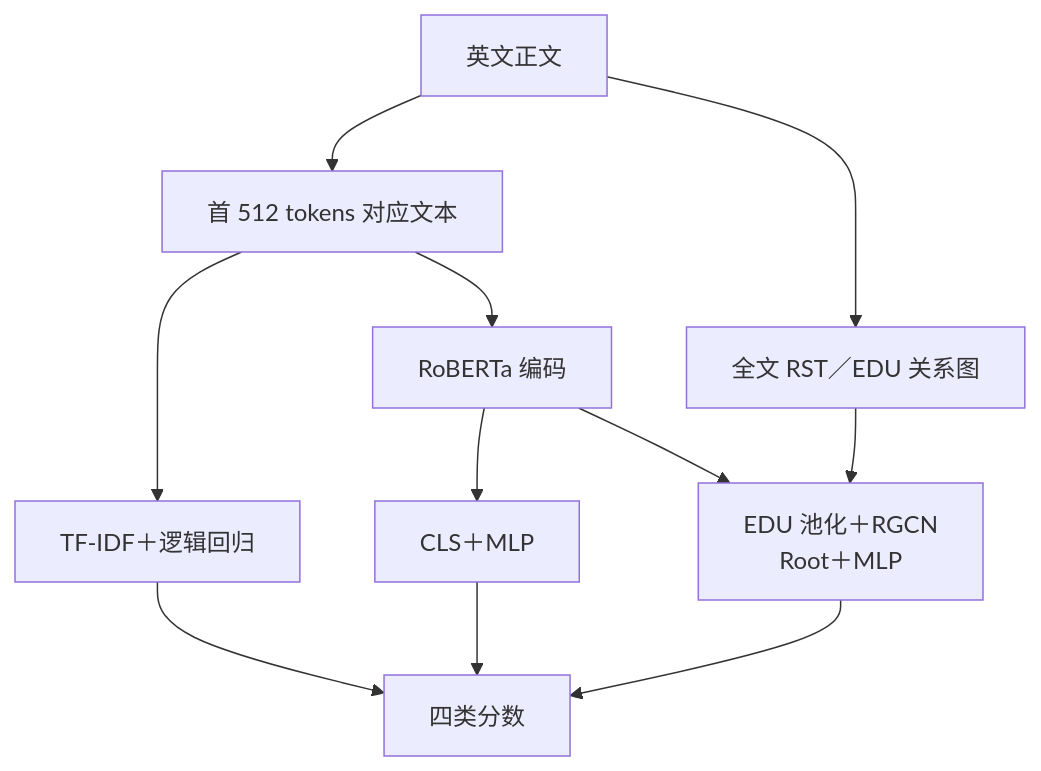
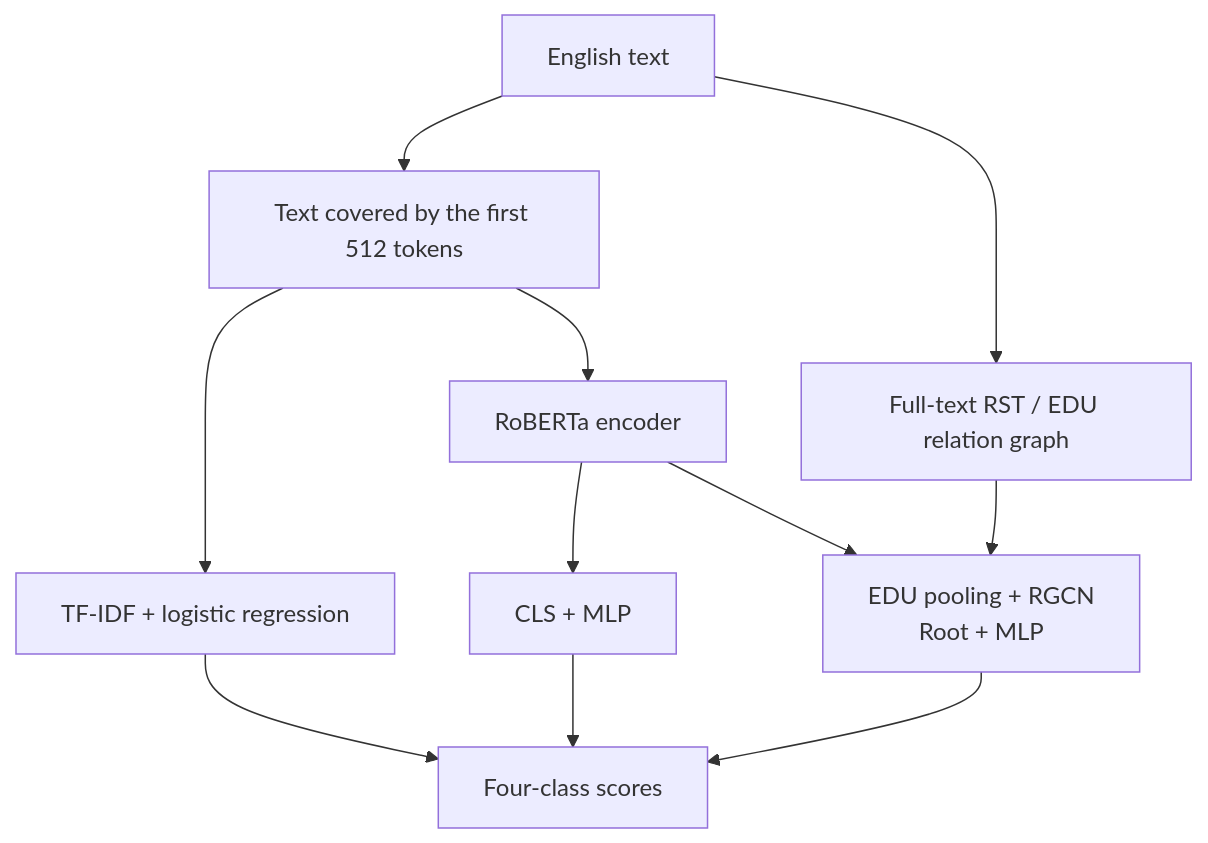
The diagram in README.md (Realsbt/ee6405-nlp-project), drawn with Mermaid before and after one commit. The commit also changed other lines of this file and 5 other files, not shown here.

````diff
--- a/README.md
+++ b/README.md
@@ -22,13 +22,13 @@
 ```mermaid
 flowchart TB
-    T["英文正文"] --> V["首 512 tokens 对应文本"]
-    V --> F["TF-IDF＋逻辑回归"]
-    V --> B["RoBERTa 编码"]
-    B --> C["CLS＋MLP"]
-    T --> G["全文 RST／EDU 关系图"]
-    B --> R["EDU 池化＋RGCN<br/>Root＋MLP"]
+    T["English text"] --> V["Text covered by the first 512 tokens"]
+    V --> F["TF-IDF + logistic regression"]
+    V --> B["RoBERTa encoder"]
+    B --> C["CLS + MLP"]
+    T --> G["Full-text RST / EDU relation graph"]
+    B --> R["EDU pooling + RGCN<br/>Root + MLP"]
     G --> R
-    F --> Y["四类分数"]
+    F --> Y["Four-class scores"]
     C --> Y
     R --> Y
 ```
````
